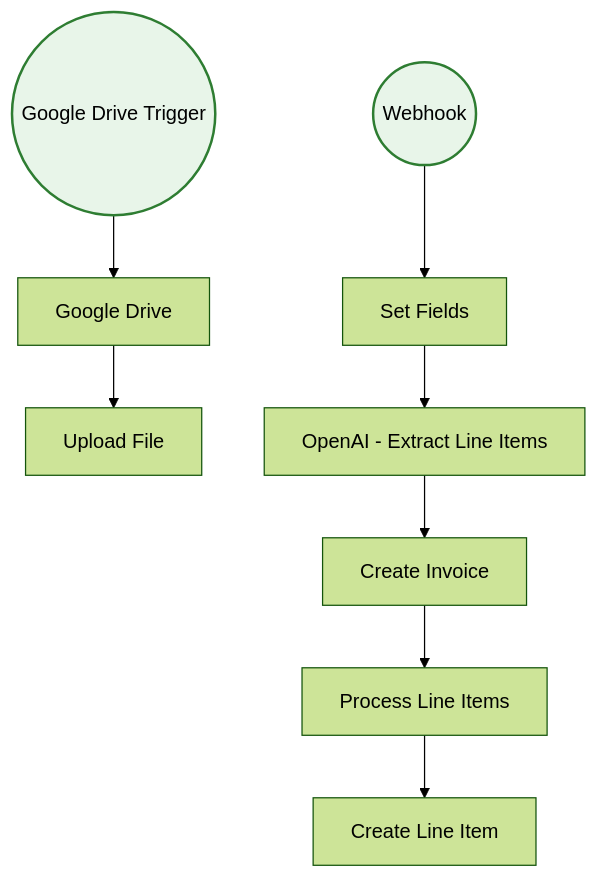
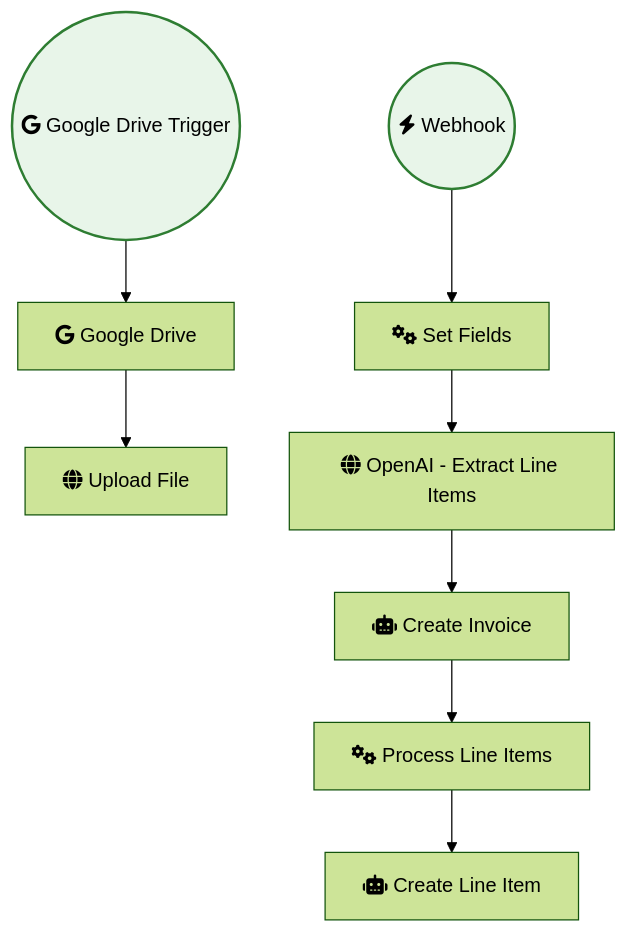
Before and after one commit to sreyash3105/N8N-DEMO-AUTOMATIONS: the diagram in PDF_and_Document_Processing/Parse PDF with LlamaParse and save to Airtable.md, drawn with Mermaid (forest theme). The commit also changed 291 other files, not shown here.

````diff
--- a/PDF_and_Document_Processing/Parse PDF with LlamaParse and save to Airtable.md
+++ b/PDF_and_Document_Processing/Parse PDF with LlamaParse and save to Airtable.md
@@ -1,24 +1,24 @@
 ```mermaid
 graph TD
     classDef trigger fill:#e8f5e9,stroke:#2e7d32,stroke-width:2px;
     classDef ai fill:#e3f2fd,stroke:#1565c0,stroke-width:2px;
     classDef logic fill:#fff3e0,stroke:#ef6c00,stroke-width:2px;
 
-    Google_Drive["Google Drive"]
-    Upload_File["Upload File"]
-    Google_Drive_Trigger(("Google Drive Trigger")):::trigger
-    Create_Invoice["Create Invoice"]
-    Create_Line_Item["Create Line Item"]
-    OpenAI___Extract_Line_Items["OpenAI - Extract Line Items"]
-    Set_Fields["Set Fields"]
-    Process_Line_Items["Process Line Items"]
-    Webhook(("Webhook")):::trigger
+    Google_Drive["fab:fa-google Google Drive"]
+    Upload_File["fas:fa-globe Upload File"]
+    Google_Drive_Trigger(("fab:fa-google Google Drive Trigger")):::trigger
+    Create_Invoice["fas:fa-robot Create Invoice"]
+    Create_Line_Item["fas:fa-robot Create Line Item"]
+    OpenAI___Extract_Line_Items["fas:fa-globe OpenAI - Extract Line Items"]
+    Set_Fields["fas:fa-cogs Set Fields"]
+    Process_Line_Items["fas:fa-cogs Process Line Items"]
+    Webhook(("fas:fa-bolt Webhook")):::trigger
 
     Webhook --> Set_Fields
     Set_Fields --> OpenAI___Extract_Line_Items
     Google_Drive --> Upload_File
     Create_Invoice --> Process_Line_Items
     Process_Line_Items --> Create_Line_Item
     Google_Drive_Trigger --> Google_Drive
     OpenAI___Extract_Line_Items --> Create_Invoice
 ```
````
